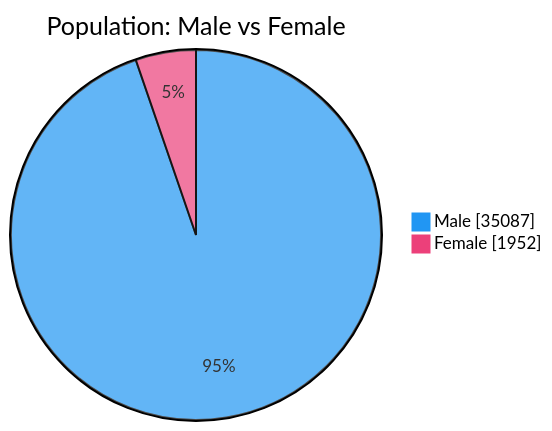
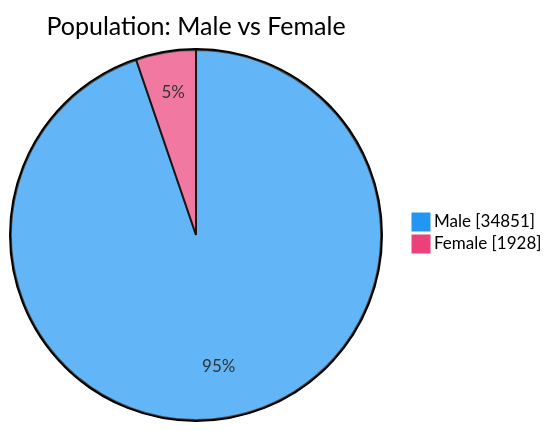
One commit to nuuuwan/lk_prisons changed the second of 7 diagrams in README.md. Above: the diagram before and after it, drawn with Mermaid. The commit also changed other lines of this file and 1 other file, not shown here.

````diff
--- a/README.md
+++ b/README.md
@@ -54,6 +54,6 @@
 ```mermaid
 %%{init: {'themeVariables': {'pie1': '#2196F3', 'pie2': '#EC407A'}}}%%
 pie showData title Population: Male vs Female
-    "Male" : 35087
-    "Female" : 1952
+    "Male" : 34851
+    "Female" : 1928
 ```
````
